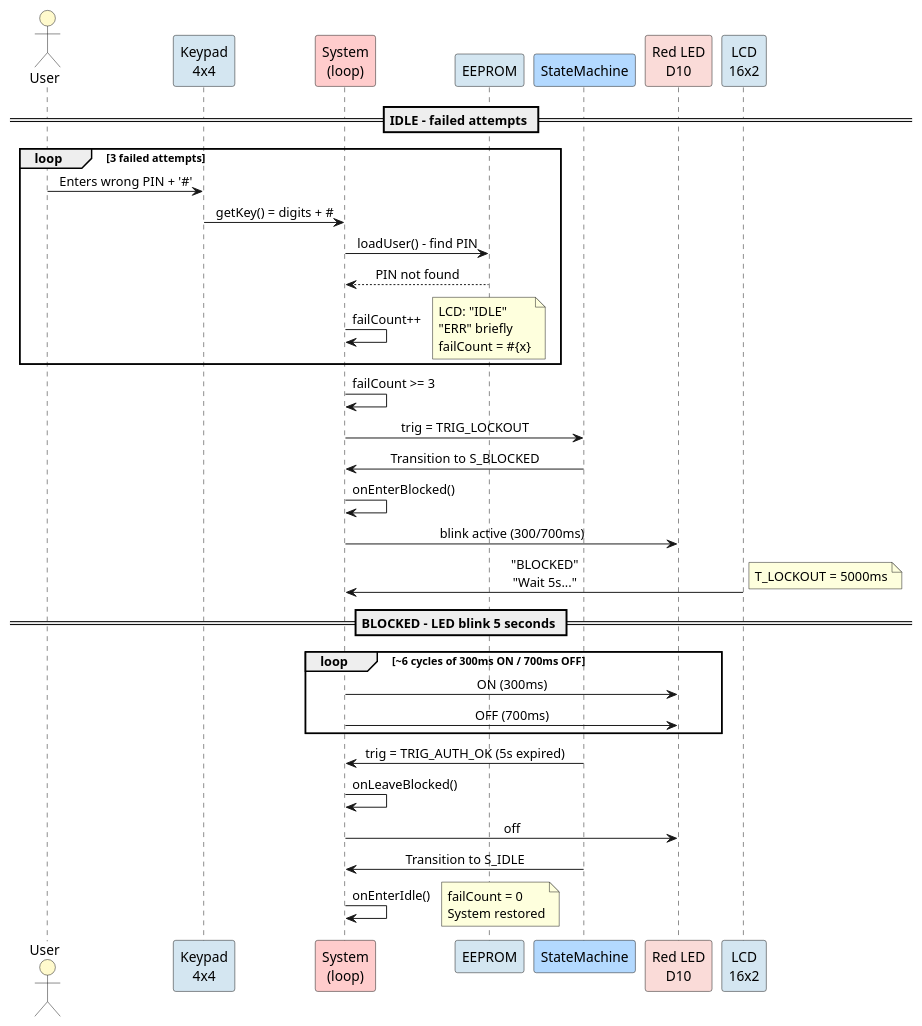
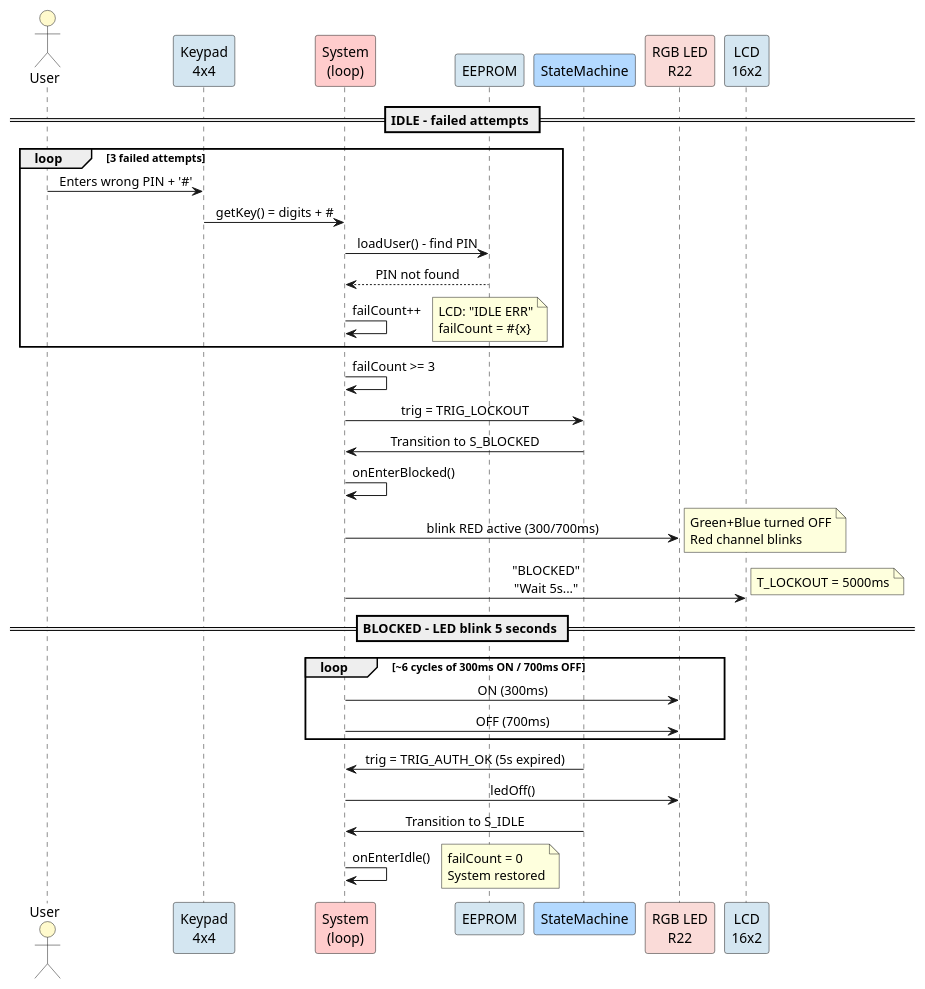
Before and after one commit to FernandoMulato/Final-Arduino-Project: the diagram in docs/UML/sequence-blocked.puml, drawn with PlantUML. The commit also changed 12 other files, not shown here.

First line of the commit message:
feat(core): unify v2 pins, RGB LED, tone(), addUser across main.ino

```diff
--- a/docs/UML/sequence-blocked.puml
+++ b/docs/UML/sequence-blocked.puml
@@ -1,51 +1,51 @@
 @startuml BlockedAttempts
 ' ====================================================================
 ' Sequence diagram - Block after 3 failed attempts
-' PIN incorrect x3 -> BLOQUEO 5s (LED 300/700ms) -> IDLE
+' PIN incorrect x3 -> BLOCKED 5s (LED 300/700ms) -> IDLE
 ' ====================================================================
 
 skinparam backgroundColor white
 skinparam defaultFontName SansSerif
 skinparam sequenceMessageAlign center
 
 actor "User" as USR #FFFACD
 participant "Keypad\n4x4" as KPD #D4E6F1
 participant "System\n(loop)" as SYS #FFCCCC
 participant "EEPROM" as EEP #D4E6F1
 participant "StateMachine" as FSM #B3D9FF
-participant "Red LED\nD10" as LED #FADBD8
+participant "RGB LED\nR22" as RGB #FADBD8
 participant "LCD\n16x2" as LCD #D4E6F1
 
 == IDLE - failed attempts ==
 
 loop 3 failed attempts
   USR -> KPD: Enters wrong PIN + '#'
   KPD -> SYS: getKey() = digits + #
   SYS -> EEP: loadUser() - find PIN
   EEP --> SYS: PIN not found
   SYS -> SYS: failCount++
-  note right: LCD: "IDLE"\n"ERR" briefly\nfailCount = #{x}
+  note right: LCD: "IDLE ERR"\nfailCount = #{x}
 end
 
 SYS -> SYS: failCount >= 3
 SYS -> FSM: trig = TRIG_LOCKOUT
 FSM -> SYS: Transition to S_BLOCKED
 SYS -> SYS: onEnterBlocked()
-SYS -> LED: blink active (300/700ms)
-LCD -> SYS: "BLOCKED"\n"Wait 5s..."
+SYS -> RGB: blink RED active (300/700ms)
+note right: Green+Blue turned OFF\nRed channel blinks
+SYS -> LCD: "BLOCKED"\n"Wait 5s..."
 
 == BLOCKED - LED blink 5 seconds ==
 note right: T_LOCKOUT = 5000ms
 loop ~6 cycles of 300ms ON / 700ms OFF
-  SYS -> LED: ON (300ms)
-  SYS -> LED: OFF (700ms)
+  SYS -> RGB: ON (300ms)
+  SYS -> RGB: OFF (700ms)
 end
 
 FSM -> SYS: trig = TRIG_AUTH_OK (5s expired)
-SYS -> SYS: onLeaveBlocked()
-SYS -> LED: off
+SYS -> RGB: ledOff()
 FSM -> SYS: Transition to S_IDLE
 SYS -> SYS: onEnterIdle()
 note right: failCount = 0\nSystem restored
 
 @enduml
```
